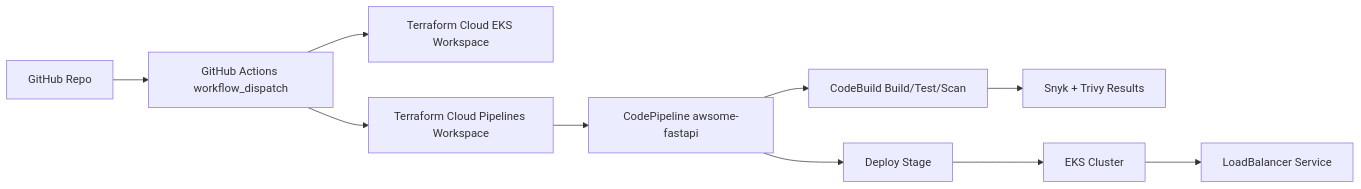
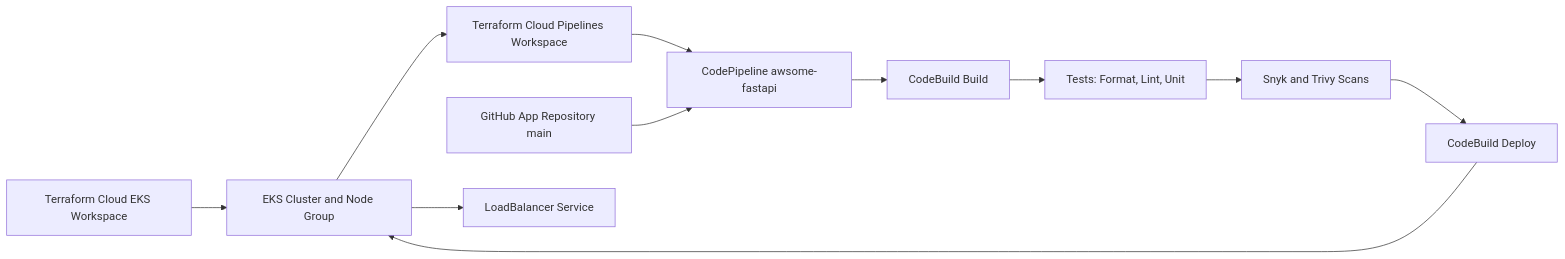
One commit to AlexJelani/aws-devsecops-pipeline changed the diagram in README.md. Above: the diagram before and after it, drawn with Mermaid. The commit also changed other lines of this file, not shown here.

````diff
--- a/README.md
+++ b/README.md
@@ -33,12 +33,13 @@
 ```mermaid
 flowchart LR
-  A[GitHub Repo] --> B[GitHub Actions workflow_dispatch]
-  B --> C[Terraform Cloud EKS Workspace]
-  B --> D[Terraform Cloud Pipelines Workspace]
-  D --> E[CodePipeline awsome-fastapi]
-  E --> F[CodeBuild Build/Test/Scan]
-  F --> G[Snyk + Trivy Results]
-  E --> H[Deploy Stage]
-  H --> I[EKS Cluster]
-  I --> J[LoadBalancer Service]
+  A[Terraform Cloud EKS Workspace] --> B[EKS Cluster and Node Group]
+  B --> C[Terraform Cloud Pipelines Workspace]
+  C --> D[CodePipeline awsome-fastapi]
+  E[GitHub App Repository main] --> D
+  D --> F[CodeBuild Build]
+  F --> G[Tests: Format, Lint, Unit]
+  G --> H[Snyk and Trivy Scans]
+  H --> I[CodeBuild Deploy]
+  I --> B
+  B --> J[LoadBalancer Service]
 ```
````
